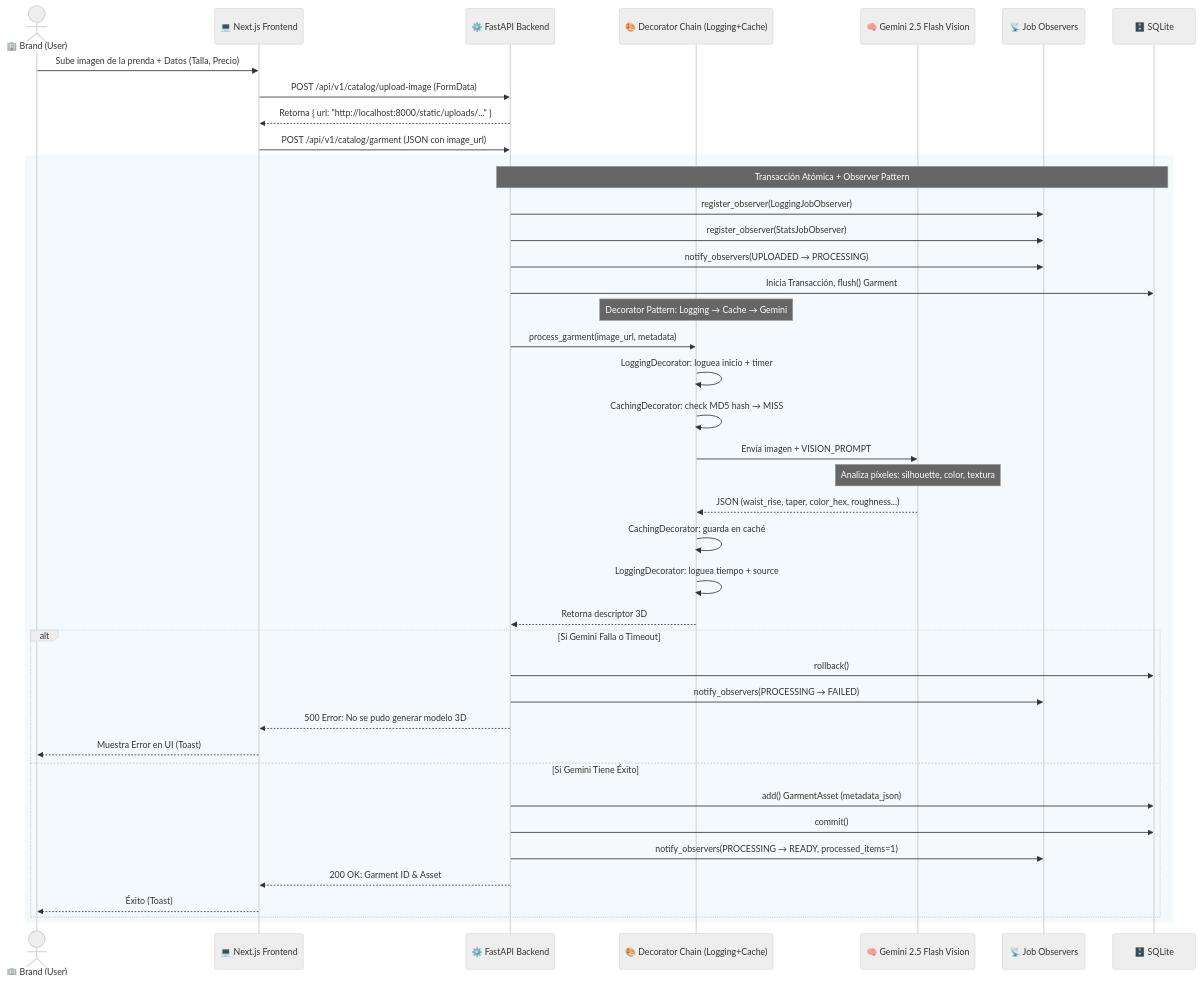
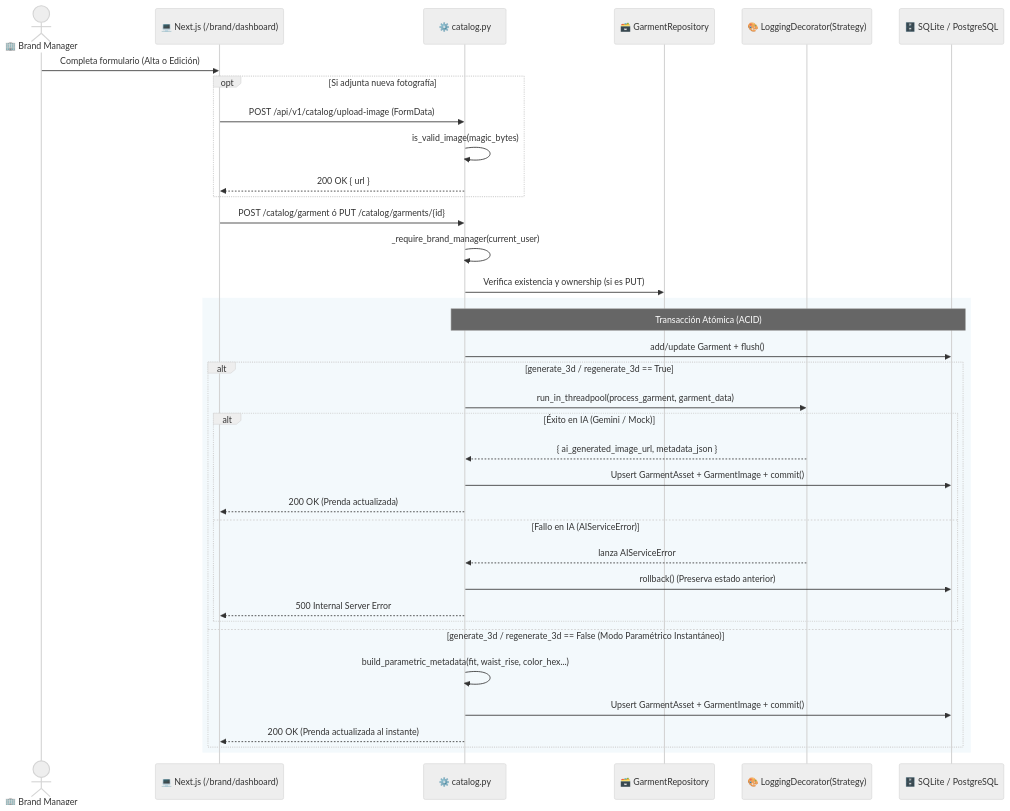
One commit to tominadal/TryOn_progra2 changed the first of 6 diagrams in docs/diagrama_secuencia.md. Above: the diagram before and after it, drawn with Mermaid (neutral theme). The commit also changed other lines of this file and 53 other files, not shown here.

Commit message:
feat(catalog,docs): add garment edit/delete CRUD, Observer feed, SOLID repos and full docs update

````diff
--- a/docs/diagrama_secuencia.md
+++ b/docs/diagrama_secuencia.md
@@ -9,48 +11,42 @@
 ```mermaid
 sequenceDiagram
-    actor Brand as 🏢 Brand (User)
-    participant NextJS as 💻 Next.js Frontend
-    participant FastApi as ⚙️ FastAPI Backend
-    participant Decorator as 🎨 Decorator Chain (Logging+Cache)
-    participant Gemini as 🧠 Gemini 2.5 Flash Vision
-    participant Observer as 📡 Job Observers
-    participant DB as 🗄️ SQLite
+    actor Brand as 🏢 Brand Manager
+    participant NextJS as 💻 Next.js (/brand/dashboard)
+    participant Router as ⚙️ catalog.py
+    participant Repo as 🗃️ GarmentRepository
+    participant Strategy as 🎨 LoggingDecorator(Strategy)
+    participant DB as 🗄️ SQLite / PostgreSQL
 
-    Brand->>NextJS: Sube imagen de la prenda + Datos (Talla, Precio)
-    NextJS->>FastApi: POST /api/v1/catalog/upload-image (FormData)
-    FastApi-->>NextJS: Retorna { url: "http://localhost:8000/static/uploads/..." }
-    
-    NextJS->>FastApi: POST /api/v1/catalog/garment (JSON con image_url)
-    
+    Brand->>NextJS: Completa formulario (Alta o Edición)
+    opt Si adjunta nueva fotografía
+        NextJS->>Router: POST /api/v1/catalog/upload-image (FormData)
+        Router->>Router: is_valid_image(magic_bytes)
+        Router-->>NextJS: 200 OK { url }
+    end
+
+    NextJS->>Router: POST /catalog/garment ó PUT /catalog/garments/{id}
+    Router->>Router: _require_brand_manager(current_user)
+    Router->>Repo: Verifica existencia y ownership (si es PUT)
+
     rect rgba(173, 216, 230, 0.15)
-        Note over FastApi,DB: Transacción Atómica + Observer Pattern
-        FastApi->>Observer: register_observer(LoggingJobObserver)
-        FastApi->>Observer: register_observer(StatsJobObserver)
-        FastApi->>Observer: notify_observers(UPLOADED → PROCESSING)
-        FastApi->>DB: Inicia Transacción, flush() Garment
-        
-        Note over Decorator: Decorator Pattern: Logging → Cache → Gemini
-        FastApi->>Decorator: process_garment(image_url, metadata)
-        Decorator->>Decorator: LoggingDecorator: loguea inicio + timer
-        Decorator->>Decorator: CachingDecorator: check MD5 hash → MISS
-        Decorator->>Gemini: Envía imagen + VISION_PROMPT
-        Note over Gemini: Analiza píxeles: silhouette, color, textura
-        Gemini-->>Decorator: JSON (waist_rise, taper, color_hex, roughness...)
-        Decorator->>Decorator: CachingDecorator: guarda en caché
-        Decorator->>Decorator: LoggingDecorator: loguea tiempo + source
-        Decorator-->>FastApi: Retorna descriptor 3D
-        
-        alt Si Gemini Falla o Timeout
-            FastApi->>DB: rollback()
-            FastApi->>Observer: notify_observers(PROCESSING → FAILED)
-            FastApi-->>NextJS: 500 Error: No se pudo generar modelo 3D
-            NextJS-->>Brand: Muestra Error en UI (Toast)
-        else Si Gemini Tiene Éxito
-            FastApi->>DB: add() GarmentAsset (metadata_json)
-            FastApi->>DB: commit()
-            FastApi->>Observer: notify_observers(PROCESSING → READY, processed_items=1)
-            FastApi-->>NextJS: 200 OK: Garment ID & Asset
-            NextJS-->>Brand: Éxito (Toast)
+        Note over Router,DB: Transacción Atómica (ACID)
+        Router->>DB: add/update Garment + flush()
+
+        alt generate_3d / regenerate_3d == True
+            Router->>Strategy: run_in_threadpool(process_garment, garment_data)
+            alt Éxito en IA (Gemini / Mock)
+                Strategy-->>Router: { ai_generated_image_url, metadata_json }
+                Router->>DB: Upsert GarmentAsset + GarmentImage + commit()
+                Router-->>NextJS: 200 OK (Prenda actualizada)
+            else Fallo en IA (AIServiceError)
+                Strategy-->>Router: lanza AIServiceError
+                Router->>DB: rollback() (Preserva estado anterior)
+                Router-->>NextJS: 500 Internal Server Error
+            end
+        else generate_3d / regenerate_3d == False (Modo Paramétrico Instantáneo)
+            Router->>Router: build_parametric_metadata(fit, waist_rise, color_hex...)
+            Router->>DB: Upsert GarmentAsset + GarmentImage + commit()
+            Router-->>NextJS: 200 OK (Prenda actualizada al instante)
         end
     end
 ```
````
